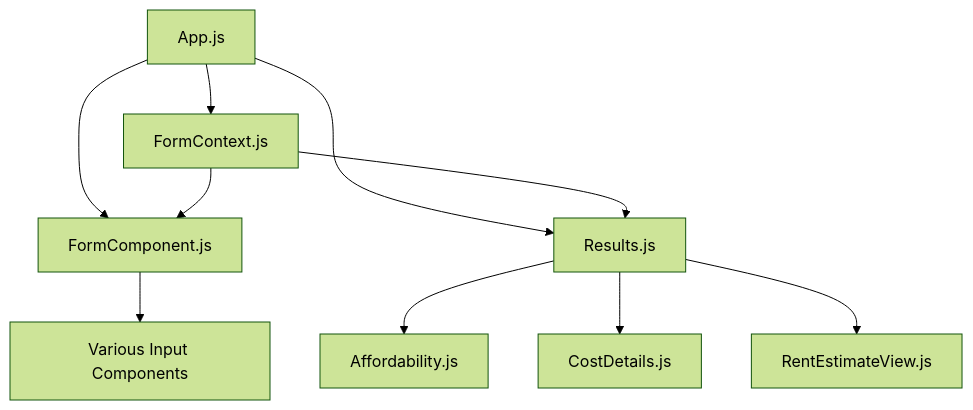
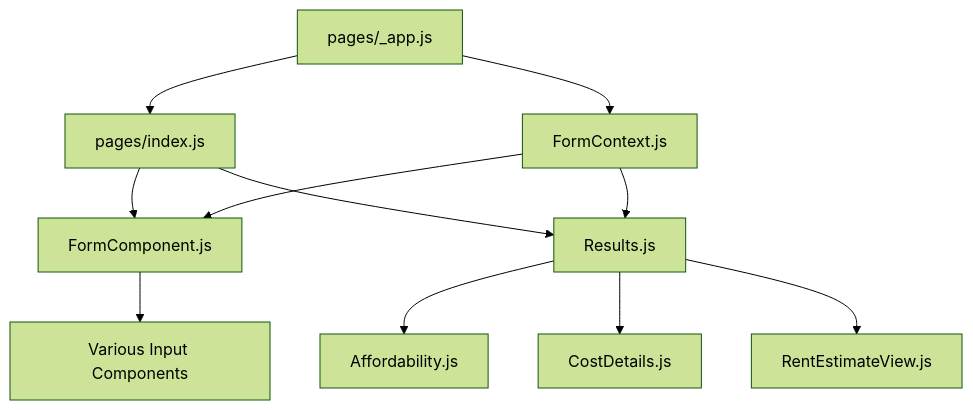
One commit to pgtipping/apt-affordability-checkerFE changed the diagram in memory-bank/systemPatterns.md. Above: the diagram before and after it, drawn with Mermaid (forest theme). The commit also changed other lines of this file and 100 other files, not shown here.

````diff
--- a/memory-bank/systemPatterns.md
+++ b/memory-bank/systemPatterns.md
@@ -29,13 +31,14 @@
 ```mermaid
 flowchart TD
-    App[App.js] --> FormContext[FormContext.js]
-    App --> Form[FormComponent.js]
-    App --> Results[Results.js]
+    _app[pages/_app.js] --> index[pages/index.js]
+    _app --> FormContext[FormContext.js]
+    index --> Form[FormComponent.js]
+    index --> Results[Results.js]
 
     Form --> Inputs[Various Input Components]
     FormContext --> Form
     FormContext --> Results
     Results --> Affordability[Affordability.js]
     Results --> CostDetails[CostDetails.js]
     Results --> RentEstimate[RentEstimateView.js]
 ```
````
